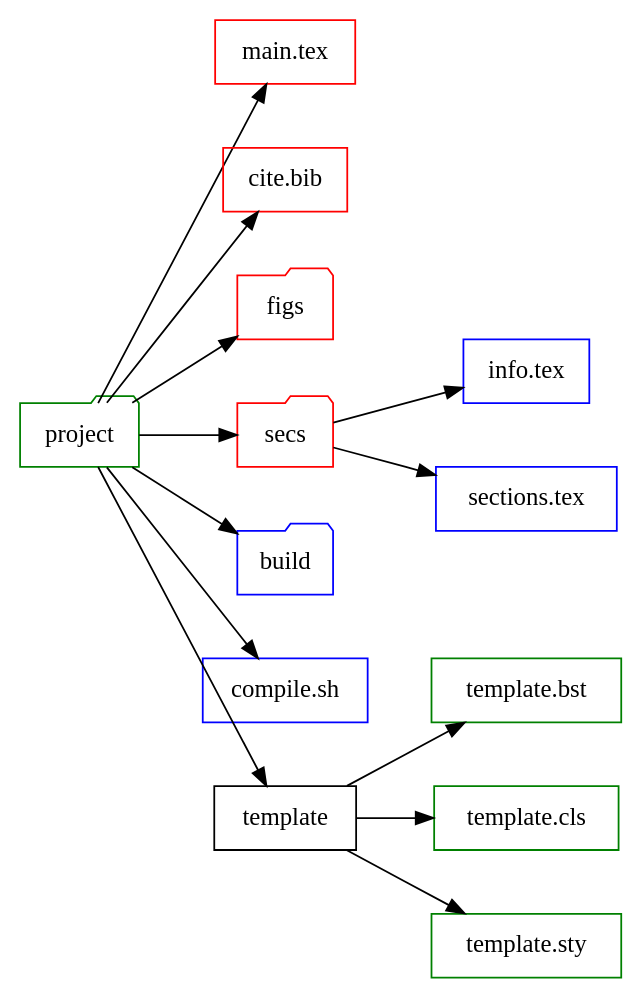
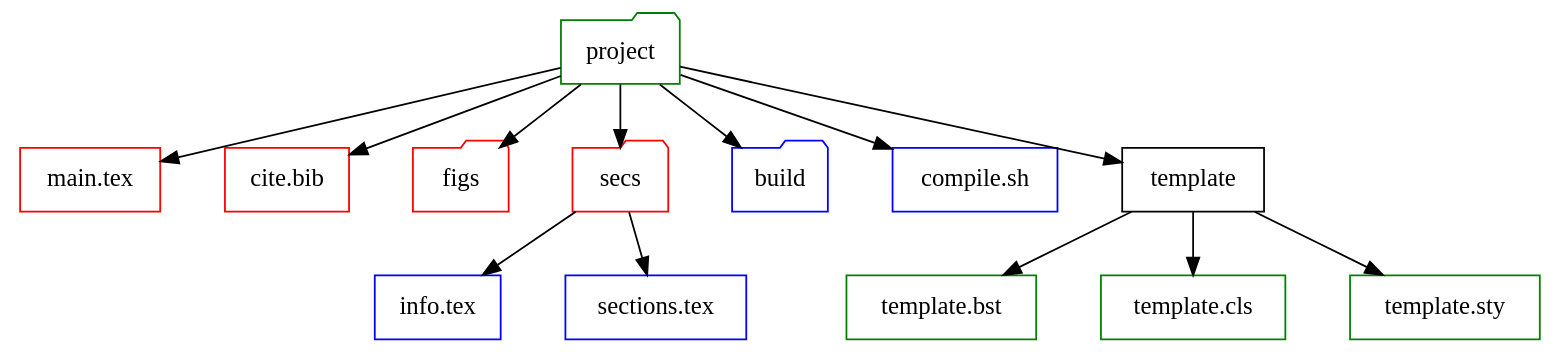
The diagram in texTemplate.org (bwtian/texTemplate), drawn with Graphviz before and after one commit. The commit also changed other lines of this file and 1 other file, not shown here.

Commit message:
- ‘.#texTemplate.org’ / ‘texTemplate.org’

```diff
--- a/texTemplate.org
+++ b/texTemplate.org
@@ -4,32 +4,32 @@
 #+BEGIN_SRC dot :file ./texTemplate.svg
   digraph {
-  rankdir = LR
+  //rankdir = LR
   fontname="Times";
   fontsize = 12;
   splines = false;
   ranksep = 0.5;
   nodesep = 0.5;
   node [shape = box]
   //1. set node
   proj [label = "project", color = green, shape="folder"]
   info [label = "info.tex", color = blue]
   secs [label = "sections.tex", color = blue]
   main [label = "main.tex", color = red]
   bib [label = "cite.bib", color = red]
   bst [label = "template.bst", color = green]
   cls [label = "template.cls", color = green]
   sty [label = "template.sty", color = green]
   fig [label = "figs", color=red, shape="folder"]
   sec [label = "secs", color=red, shape="folder"]
   build [label  = "build", color = blue, shape="folder"]
   gen [label = "compile.sh", color = blue]
   temp [label = "template"]
   //2. set path
 
   proj -> {fig sec main temp bib build gen}
   temp -> {cls, bst, sty}
   sec -> {info, secs}
   //3. set rank
 
   }
 #+END_SRC
```
